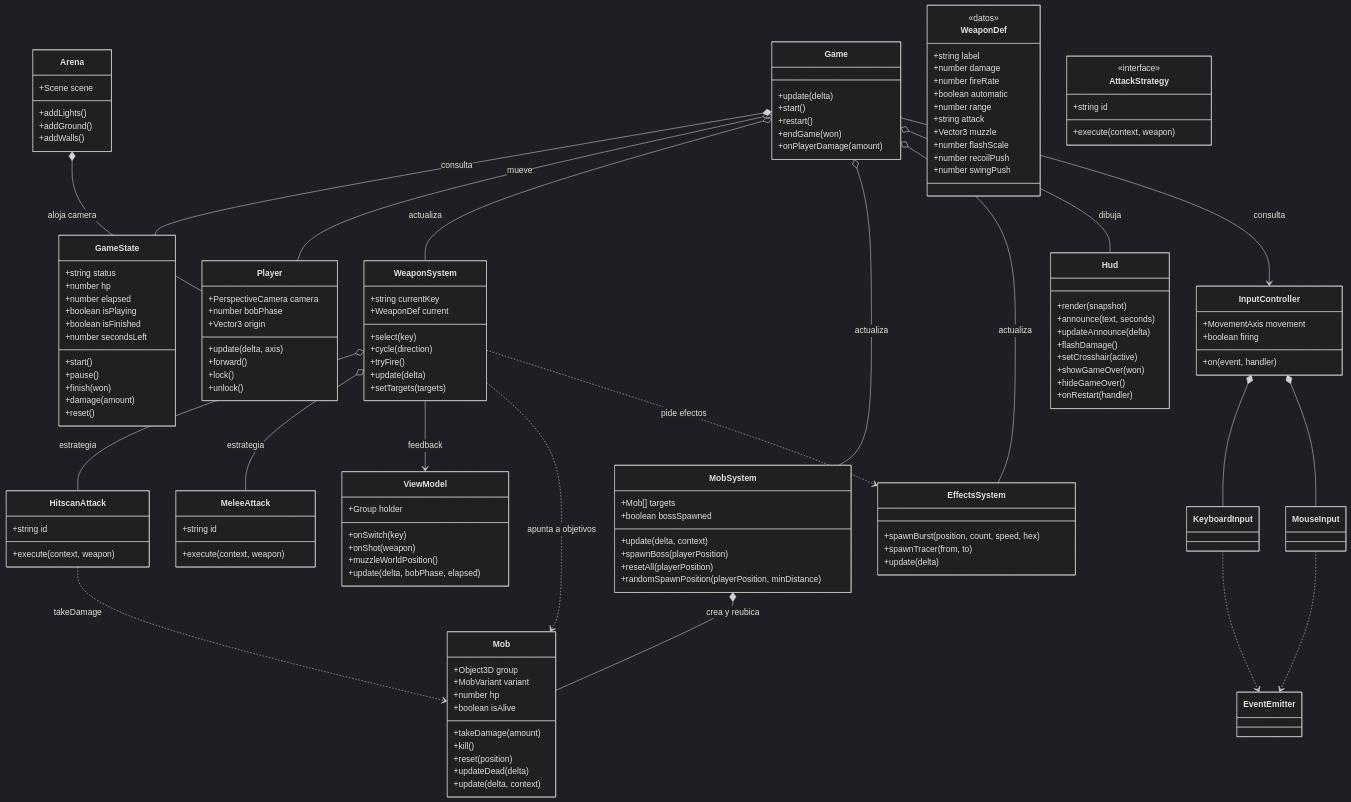
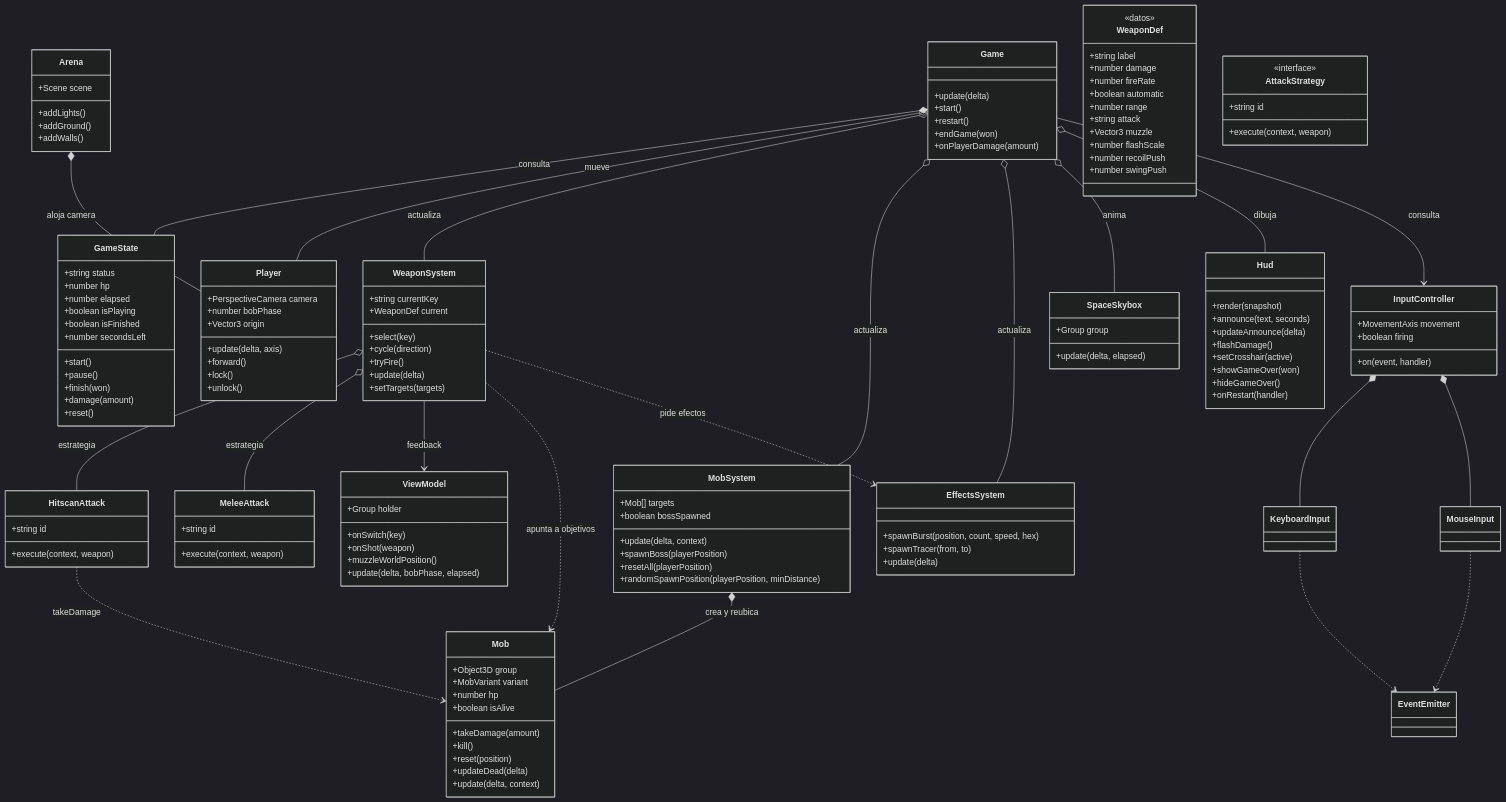
One commit to Lstevens/shooter-espacial-3d changed the first of 5 diagrams in ARCHITECTURE.md. Above: the diagram before and after it, drawn with Mermaid (dark theme). The commit also changed other lines of this file and 4 other files, not shown here.

```diff
--- a/ARCHITECTURE.md
+++ b/ARCHITECTURE.md
@@ -62,6 +62,11 @@
         +addLights()
         +addGround()
         +addWalls()
+    }
+
+    class SpaceSkybox {
+        +Group group
+        +update(delta, elapsed)
     }
 
     class Player {
@@ -175,6 +180,7 @@
     Game o-- WeaponSystem : actualiza
     Game o-- MobSystem : actualiza
     Game o-- EffectsSystem : actualiza
+    Game o-- SpaceSkybox : anima
     Game o-- Hud : dibuja
     Game --> InputController : consulta
     Arena *-- Player : aloja camera
```
